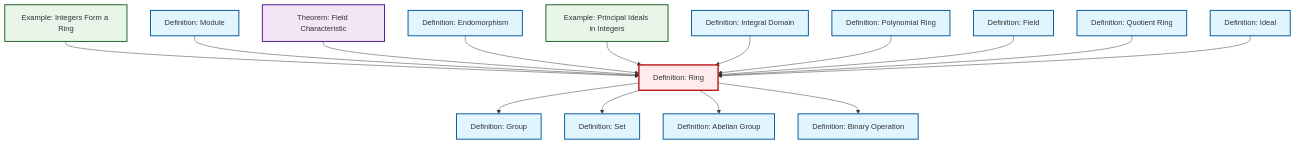
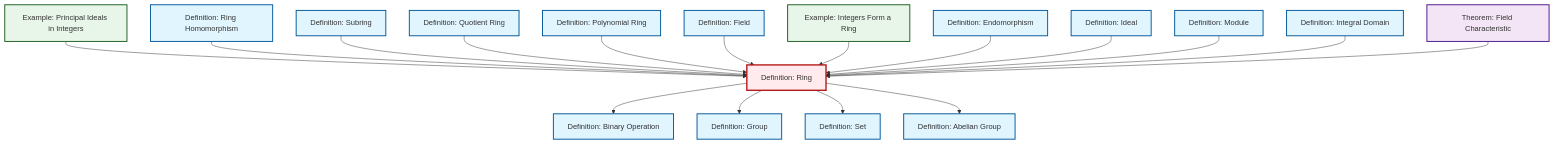
One commit to RK0429/ModernMath changed the diagram in content/en/algebra/def-ring.qmd. Above: the diagram before and after it, drawn with Mermaid. The commit also changed other lines of this file and 619 other files, not shown here.

````diff
--- a/content/en/algebra/def-ring.qmd
+++ b/content/en/algebra/def-ring.qmd
@@ -62,53 +62,59 @@
 ```{mermaid}
 %%| fig-cap: "Local dependency graph"
 graph TD
     classDef definition fill:#e1f5fe,stroke:#01579b,stroke-width:2px
     classDef theorem fill:#f3e5f5,stroke:#4a148c,stroke-width:2px
     classDef axiom fill:#fff3e0,stroke:#e65100,stroke-width:2px
     classDef example fill:#e8f5e9,stroke:#1b5e20,stroke-width:2px
     classDef current fill:#ffebee,stroke:#b71c1c,stroke-width:3px
+    def-binary-operation["Definition: Binary Operation"]:::definition
+    def-abelian-group["Definition: Abelian Group"]:::definition
     def-integral-domain["Definition: Integral Domain"]:::definition
-    thm-field-characteristic["Theorem: Field Characteristic"]:::theorem
-    def-polynomial-ring["Definition: Polynomial Ring"]:::definition
+    def-set["Definition: Set"]:::definition
+    def-group["Definition: Group"]:::definition
+    def-ring-homomorphism["Definition: Ring Homomorphism"]:::definition
+    ex-integers-ring["Example: Integers Form a Ring"]:::example
     def-ideal["Definition: Ideal"]:::definition
     def-module["Definition: Module"]:::definition
+    thm-field-characteristic["Theorem: Field Characteristic"]:::theorem
+    def-subring["Definition: Subring"]:::definition
     ex-principal-ideal["Example: Principal Ideals in Integers"]:::example
     def-quotient-ring["Definition: Quotient Ring"]:::definition
-    def-set["Definition: Set"]:::definition
+    def-polynomial-ring["Definition: Polynomial Ring"]:::definition
     def-endomorphism["Definition: Endomorphism"]:::definition
+    def-field["Definition: Field"]:::definition
     def-ring["Definition: Ring"]:::definition
-    def-field["Definition: Field"]:::definition
-    def-abelian-group["Definition: Abelian Group"]:::definition
-    ex-integers-ring["Example: Integers Form a Ring"]:::example
-    def-group["Definition: Group"]:::definition
-    def-binary-operation["Definition: Binary Operation"]:::definition
+    def-ring --> def-binary-operation
+    ex-principal-ideal --> def-ring
+    def-ring-homomorphism --> def-ring
+    def-subring --> def-ring
     def-ring --> def-group
+    def-quotient-ring --> def-ring
+    def-polynomial-ring --> def-ring
+    def-ring --> def-set
+    def-field --> def-ring
     ex-integers-ring --> def-ring
+    def-endomorphism --> def-ring
+    def-ideal --> def-ring
+    def-ring --> def-abelian-group
     def-module --> def-ring
-    def-ring --> def-set
+    def-integral-domain --> def-ring
     thm-field-characteristic --> def-ring
-    def-endomorphism --> def-ring
-    ex-principal-ideal --> def-ring
-    def-ring --> def-abelian-group
-    def-ring --> def-binary-operation
-    def-integral-domain --> def-ring
-    def-polynomial-ring --> def-ring
-    def-field --> def-ring
-    def-quotient-ring --> def-ring
-    def-ideal --> def-ring
     class def-ring current
+    click def-binary-operation "def-binary-operation.html" "Go to Binary Operation definition"
+    click def-abelian-group "def-abelian-group.html" "Go to Abelian Group definition"
     click def-integral-domain "def-integral-domain.html" "Go to Integral Domain definition"
-    click thm-field-characteristic "thm-field-characteristic.html" "Go to Field Characteristic theorem"
-    click def-polynomial-ring "def-polynomial-ring.html" "Go to Polynomial Ring definition"
+    click def-set "def-set.html" "Go to Set definition"
+    click def-group "def-group.html" "Go to Group definition"
+    click def-ring-homomorphism "def-ring-homomorphism.html" "Go to Ring Homomorphism definition"
+    click ex-integers-ring "ex-integers-ring.html" "Go to Integers Form a Ring example"
     click def-ideal "def-ideal.html" "Go to Ideal definition"
     click def-module "def-module.html" "Go to Module definition"
+    click thm-field-characteristic "thm-field-characteristic.html" "Go to Field Characteristic theorem"
+    click def-subring "def-subring.html" "Go to Subring definition"
     click ex-principal-ideal "ex-principal-ideal.html" "Go to Principal Ideals in Integers example"
     click def-quotient-ring "def-quotient-ring.html" "Go to Quotient Ring definition"
-    click def-set "def-set.html" "Go to Set definition"
+    click def-polynomial-ring "def-polynomial-ring.html" "Go to Polynomial Ring definition"
     click def-endomorphism "def-endomorphism.html" "Go to Endomorphism definition"
     click def-field "def-field.html" "Go to Field definition"
-    click def-abelian-group "def-abelian-group.html" "Go to Abelian Group definition"
-    click ex-integers-ring "ex-integers-ring.html" "Go to Integers Form a Ring example"
-    click def-group "def-group.html" "Go to Group definition"
-    click def-binary-operation "def-binary-operation.html" "Go to Binary Operation definition"
 ```
````
